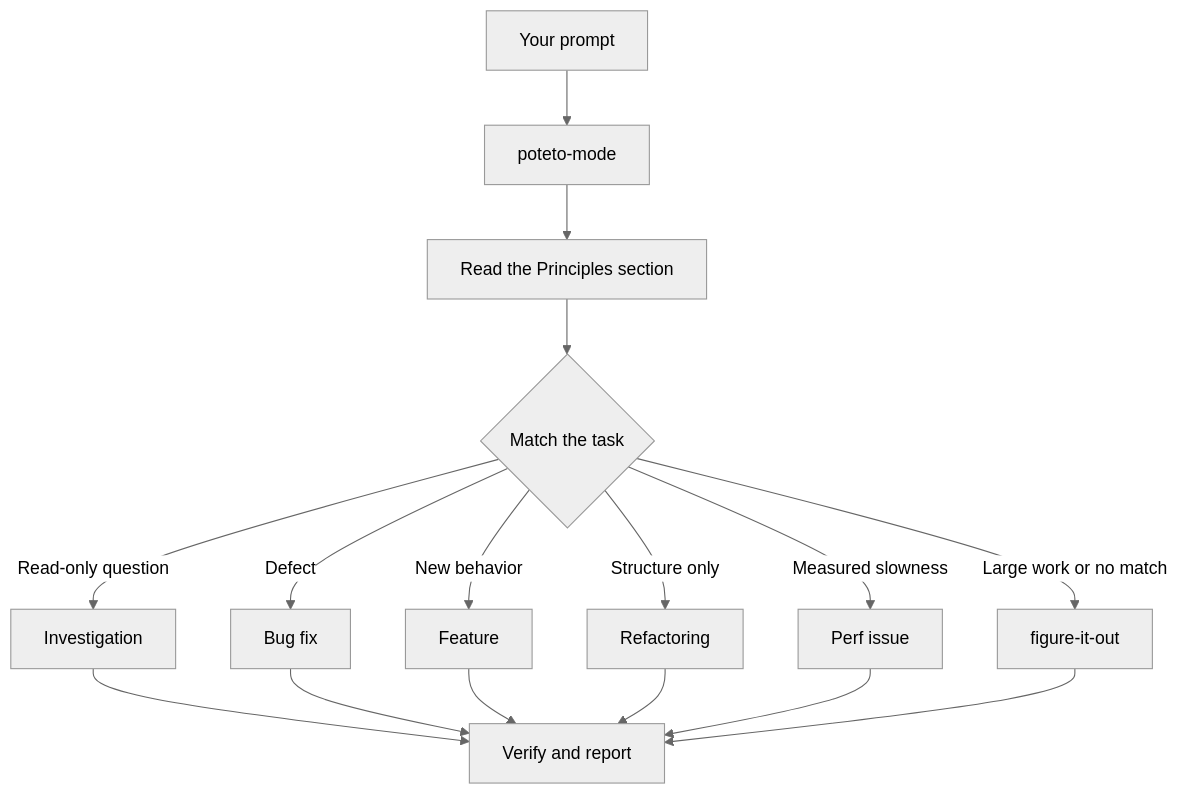
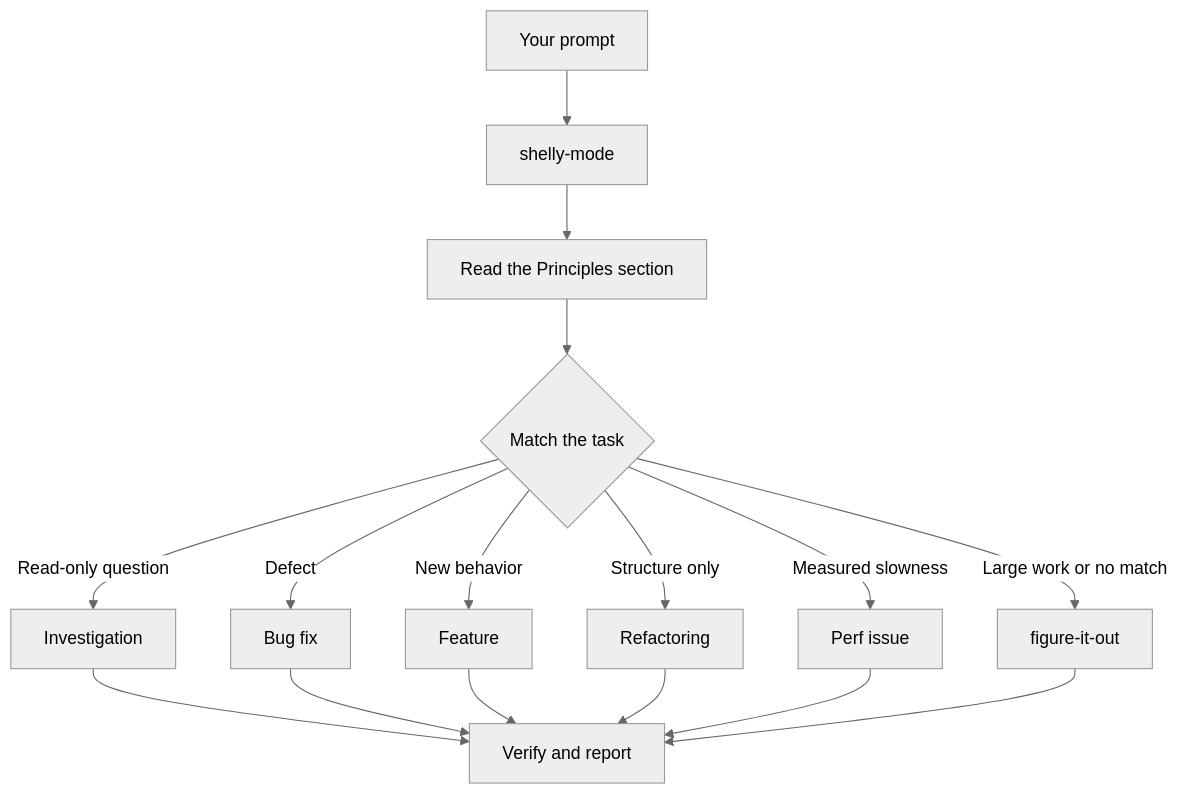
One commit to thirdwavediscounts/shelly-stack-claude changed the diagram in docs/guide/02-poteto-mode.md. Above: the diagram before and after it, drawn with Mermaid (neutral theme). The commit also changed other lines of this file and 78 other files, not shown here.

Commit message:
Rename to shelly-stack: plugin/marketplace shelly-stack, poteto-mode -> shelly-mode, poteto-agent -> shelly-agent, pstack-guide -> shelly-guide, setup-pstack -> setup-shelly-stack

````diff
--- a/docs/guide/02-poteto-mode.md
+++ b/docs/guide/02-poteto-mode.md
@@ -9,18 +9,18 @@
 ```mermaid
 flowchart TD
-    A[Your prompt] --> B[poteto-mode]
+    A[Your prompt] --> B[shelly-mode]
     B --> C[Read the Principles section]
     C --> D{Match the task}
     D -->|Read-only question| E[Investigation]
     D -->|Defect| F[Bug fix]
     D -->|New behavior| G[Feature]
     D -->|Structure only| H[Refactoring]
     D -->|Measured slowness| I[Perf issue]
     D -->|Large work or no match| J[figure-it-out]
     E --> K[Verify and report]
     F --> K
     G --> K
     H --> K
     I --> K
     J --> K
 ```
````
